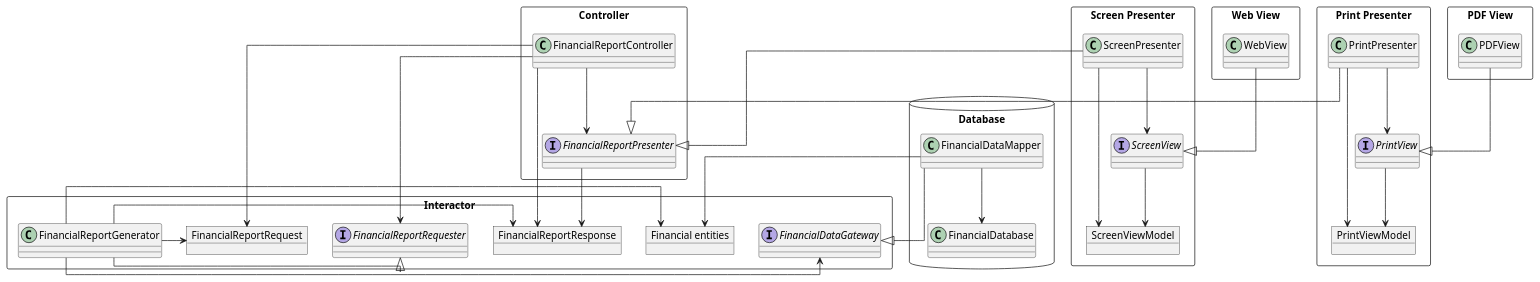
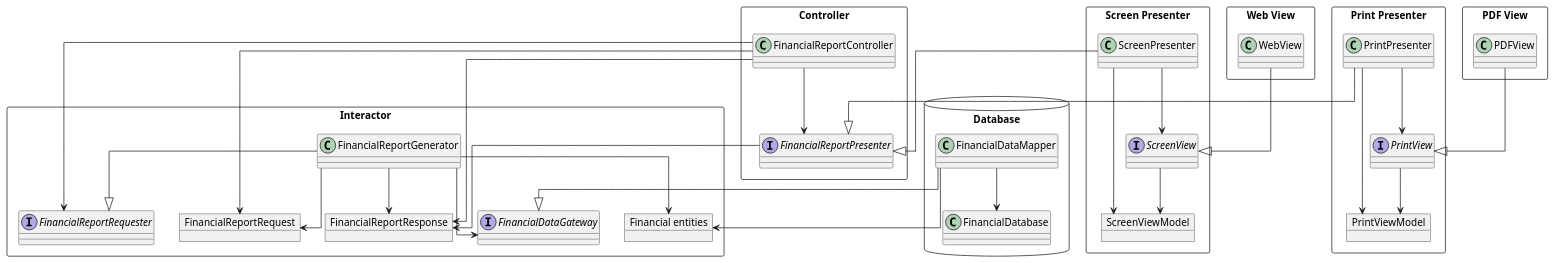
Before and after one commit to huland/logseq-notes: the third of 3 diagrams in pages/Robert C. Martin - Clean Architecture A Craftsman's Guide to Software Structure and Design.md, drawn with PlantUML. The commit also changed other lines of this file, not shown here.

```diff
--- a/pages/Robert C. Martin - Clean Architecture A Craftsman's Guide to Software Structure and Design.md
+++ b/pages/Robert C. Martin - Clean Architecture A Craftsman's Guide to Software Structure and Design.md
@@ -203,60 +203,60 @@
 				  @startuml
 				  skinparam linetype ortho
 				  package Interactor <<Rectangle>> {
 				    object FinancialReportRequest
 				    interface FinancialReportRequester
 				    object FinancialReportResponse
 				    class FinancialReportGenerator
 				    interface FinancialDataGateway
 				    object "Financial entities" as FinancialEntities
 				  }
 				  package Controller <<Rectangle>> {
 				    class FinancialReportController 
 				    interface FinancialReportPresenter
 				  }
 				  package Database <<Database>> {
 				    class FinancialDataMapper 
 				    class FinancialDatabase
 				  }
 				  package "Screen Presenter" as ScreenPres <<Rectangle>> {
 				    class ScreenPresenter
 				    object ScreenViewModel
 				    interface ScreenView
 				  }
 				  package "Print Presenter" as PrintPres <<Rectangle>> {
 				    class PrintPresenter
 				    object PrintViewModel
 				    interface PrintView
 				  } 
 				  package "PDF View" as PDFV <<Rectangle>> {
 				    class PDFView
 				  } 
 				  package "Web View" as WebV <<Rectangle>> {
 				    class WebView
 				  } 
 				  
-				  FinancialReportGenerator -> FinancialReportRequest
-				  FinancialReportGenerator -> FinancialEntities
-				  FinancialReportGenerator -> FinancialReportResponse
-				  FinancialReportGenerator -> FinancialDataGateway
-				  FinancialReportGenerator -|> FinancialReportRequester
+				  FinancialReportGenerator --> FinancialReportRequest
+				  FinancialReportGenerator --> FinancialEntities
+				  FinancialReportGenerator --> FinancialReportResponse
+				  FinancialReportGenerator --> FinancialDataGateway
+				  FinancialReportGenerator --|> FinancialReportRequester
 				  FinancialDataMapper --> FinancialDatabase
 				  FinancialDataMapper --> FinancialEntities
 				  FinancialDataMapper --|> FinancialDataGateway
 				  FinancialReportController --> FinancialReportPresenter
 				  FinancialReportPresenter --> FinancialReportResponse
 				  FinancialReportController --> FinancialReportRequest
 				  FinancialReportController --> FinancialReportRequester
 				  FinancialReportController --> FinancialReportResponse
 				  ScreenPresenter --> ScreenView
 				  ScreenView --> ScreenViewModel
 				  ScreenPresenter --> ScreenViewModel
 				  ScreenPresenter --|> FinancialReportPresenter
 				  PrintPresenter --> PrintView
 				  PrintView --> PrintViewModel
 				  PrintPresenter --> PrintViewModel
 				  PrintPresenter --|> FinancialReportPresenter
 				  WebView --|> ScreenView
 				  PDFView --|> PrintView
 				  
 				  @enduml
```
